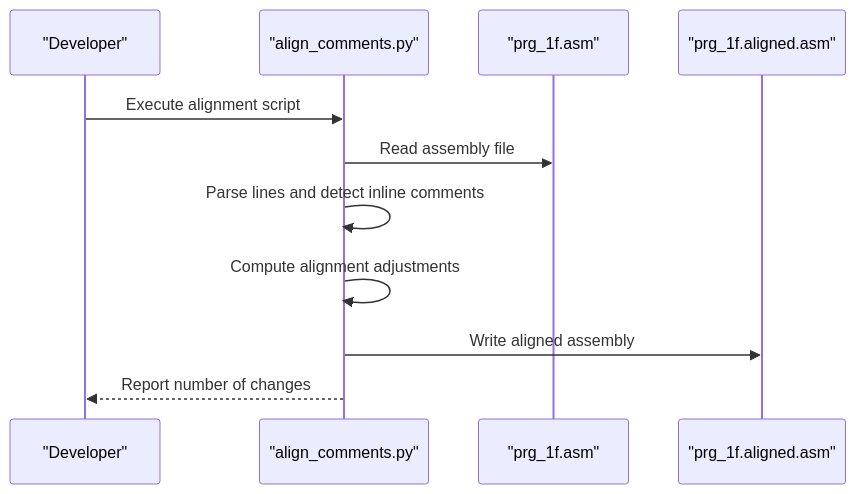
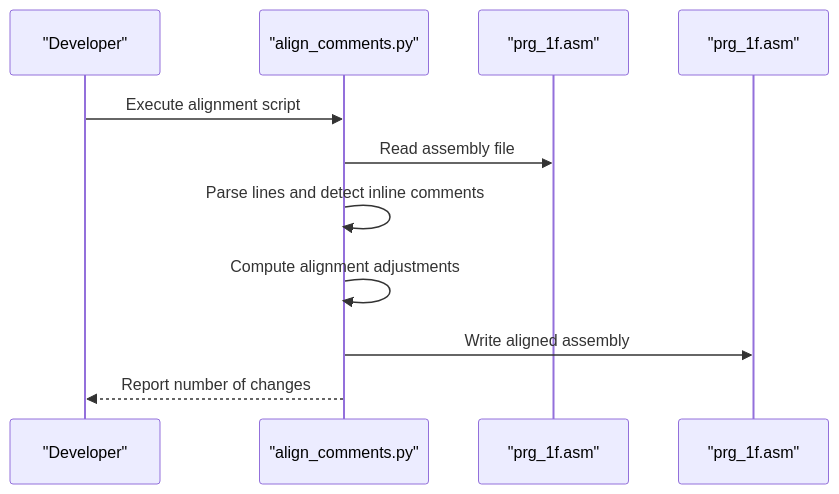
The second of 6 diagrams in .qoder/repowiki/en/content/Build System and Tools/Comment Alignment Tool.md (rabbyzero/sango2dasm), drawn with Mermaid before and after one commit. The commit also changed other lines of this file and 31 other files, not shown here.

Commit message:
prg bank $0a $0b WIP. rename prg_1f.aligned.asm to prg_1f.asm.

````diff
--- a/.qoder/repowiki/en/content/Build System and Tools/Comment Alignment Tool.md
+++ b/.qoder/repowiki/en/content/Build System and Tools/Comment Alignment Tool.md
@@ -129,13 +129,13 @@
 ```mermaid
 sequenceDiagram
 participant User as "Developer"
 participant AC as "align_comments.py"
 participant PRG1F as "prg_1f.asm"
-participant OUT as "prg_1f.aligned.asm"
+participant OUT as "prg_1f.asm"
 User->>AC : Execute alignment script
 AC->>PRG1F : Read assembly file
 AC->>AC : Parse lines and detect inline comments
 AC->>AC : Compute alignment adjustments
 AC->>OUT : Write aligned assembly
 AC-->>User : Report number of changes
 ```
````
